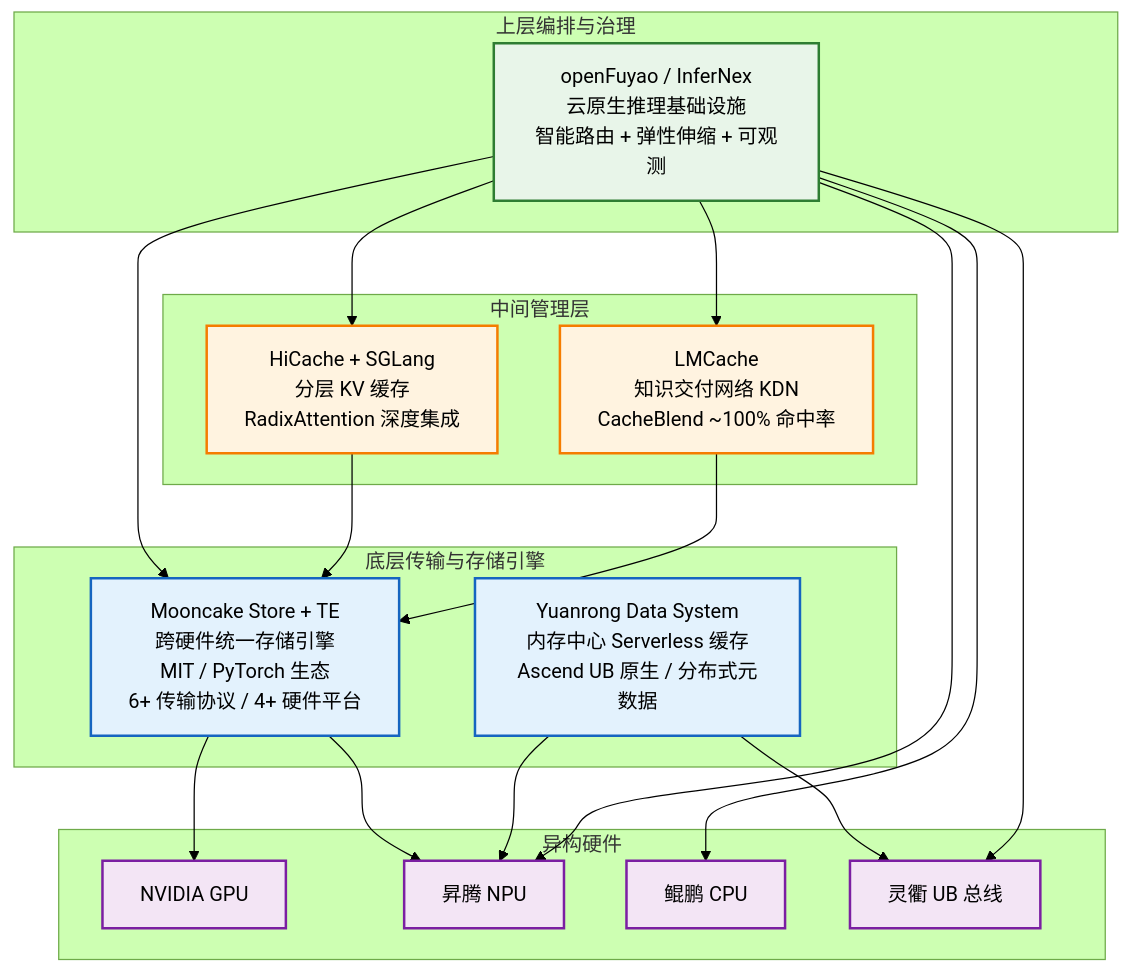
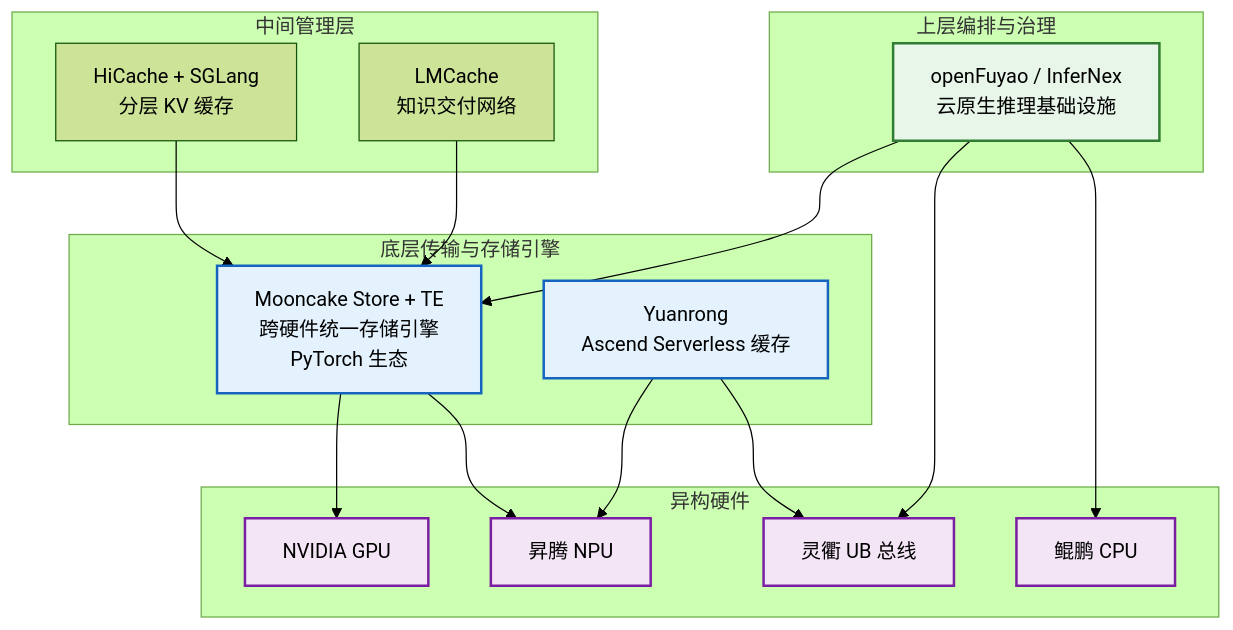
The second of 10 diagrams in docs/superpowers/briefings/2026-06-11-distributed-kvcache-executive-briefing.md (QJWang23/Mooncake), drawn with Mermaid (forest theme) before and after one commit. The commit also changed other lines of this file, not shown here.

````diff
--- a/docs/superpowers/briefings/2026-06-11-distributed-kvcache-executive-briefing.md
+++ b/docs/superpowers/briefings/2026-06-11-distributed-kvcache-executive-briefing.md
@@ -121,48 +108,40 @@
 ```mermaid
 graph TB
     subgraph 上层["上层编排与治理"]
-        OF["openFuyao / InferNex<br/>云原生推理基础设施<br/>智能路由 + 弹性伸缩 + 可观测"]
+        OF["openFuyao / InferNex<br/>云原生推理基础设施"]
     end
 
     subgraph 中层["中间管理层"]
-        HC["HiCache + SGLang<br/>分层 KV 缓存<br/>RadixAttention 深度集成"]
-        LMC["LMCache<br/>知识交付网络 KDN<br/>CacheBlend ~100% 命中率"]
+        HC["HiCache + SGLang<br/>分层 KV 缓存"]
+        LMC["LMCache<br/>知识交付网络"]
     end
 
     subgraph 底层["底层传输与存储引擎"]
-        MK["Mooncake Store + TE<br/>跨硬件统一存储引擎<br/>MIT / PyTorch 生态<br/>6+ 传输协议 / 4+ 硬件平台"]
-        YR["Yuanrong Data System<br/>内存中心 Serverless 缓存<br/>Ascend UB 原生 / 分布式元数据"]
+        MK["Mooncake Store + TE<br/>跨硬件统一存储引擎<br/>PyTorch 生态"]
+        YR["Yuanrong<br/>Ascend Serverless 缓存"]
     end
 
     subgraph 硬件层["异构硬件"]
         NVIDIA["NVIDIA GPU"]
         ASCEND["昇腾 NPU"]
         KUNPENG["鲲鹏 CPU"]
         UB_BUS["灵衢 UB 总线"]
     end
 
-    OF --> HC
-    OF --> LMC
     OF --> MK
-
     HC --> MK
     LMC --> MK
-
     MK --> NVIDIA
     MK --> ASCEND
     YR --> ASCEND
     YR --> UB_BUS
-
-    OF --> ASCEND
+    OF --> UB_BUS
     OF --> KUNPENG
-    OF --> UB_BUS
 
     classDef bottom fill:#e3f2fd,stroke:#1565c0,stroke-width:2px
-    classDef mid fill:#fff3e0,stroke:#f57c00,stroke-width:2px
     classDef top fill:#e8f5e9,stroke:#2e7d32,stroke-width:2px
     classDef hw fill:#f3e5f5,stroke:#7b1fa2,stroke-width:2px
     class MK,YR bottom
-    class HC,LMC mid
     class OF top
     class NVIDIA,ASCEND,KUNPENG,UB_BUS hw
 ```
````
